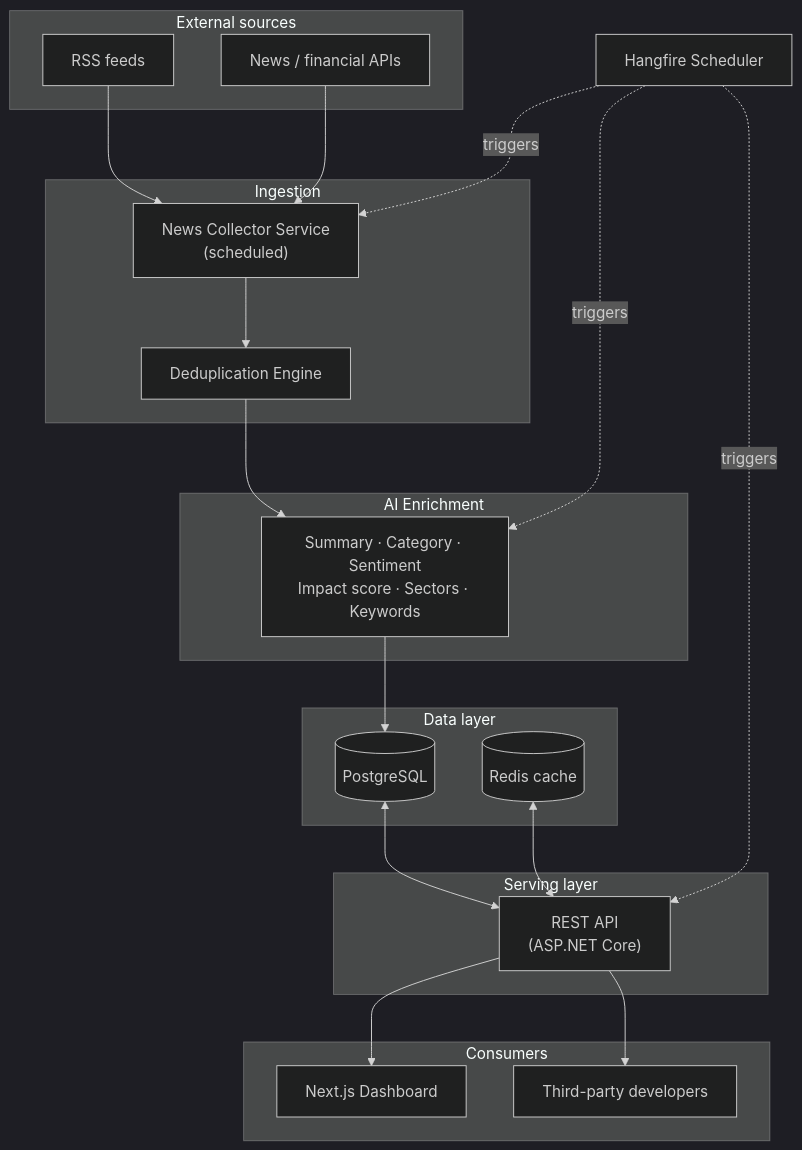
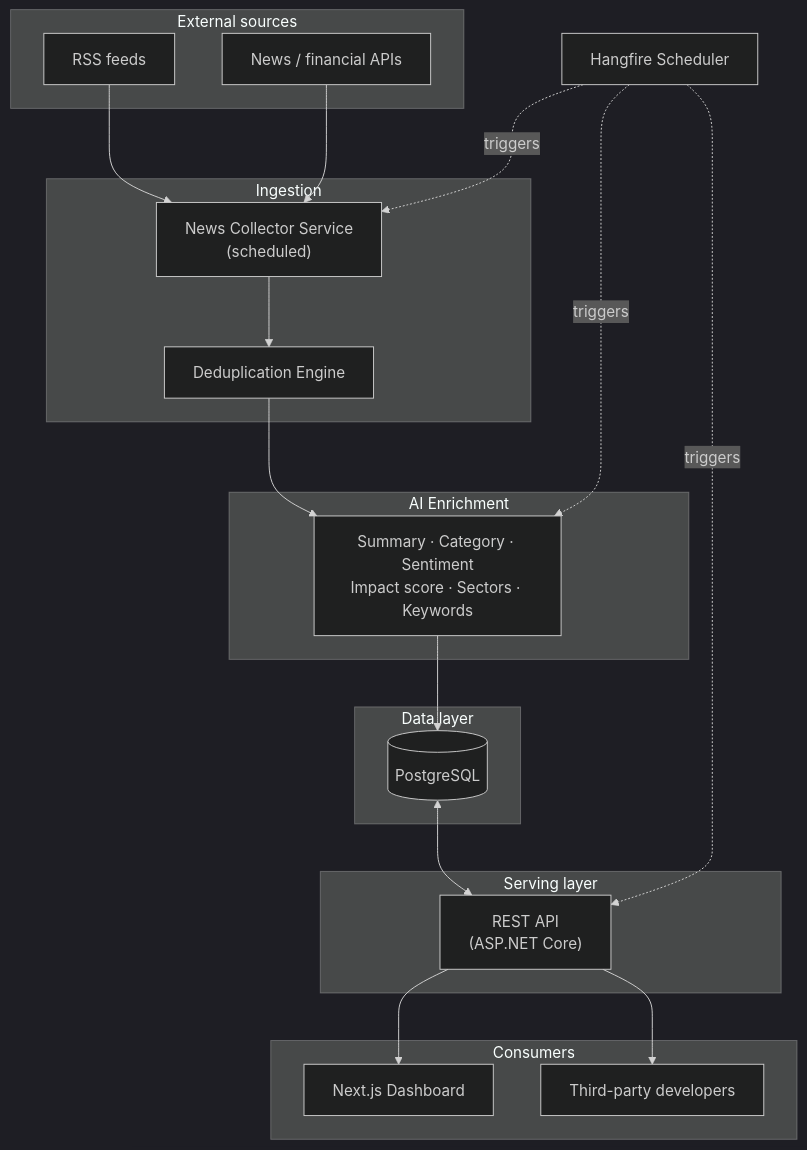
The first of 3 diagrams in Arunika-Application-Design.md (cemielan/arunika), drawn with Mermaid (dark theme) before and after one commit. The commit also changed other lines of this file and 9 other files, not shown here.

````diff
--- a/Arunika-Application-Design.md
+++ b/Arunika-Application-Design.md
@@ -35,45 +35,43 @@
 ```mermaid
 flowchart TB
     subgraph Sources["External sources"]
         RSS[RSS feeds]
         NAPI[News / financial APIs]
     end
 
     subgraph Ingest["Ingestion"]
         Collector["News Collector Service<br/>(scheduled)"]
         Dedup["Deduplication Engine"]
     end
 
     subgraph Enrich["AI Enrichment"]
         Pipeline["Summary · Category · Sentiment<br/>Impact score · Sectors · Keywords"]
     end
 
     subgraph Data["Data layer"]
         PG[(PostgreSQL)]
-        Redis[(Redis cache)]
     end
 
     subgraph Serve["Serving layer"]
         API["REST API<br/>(ASP.NET Core)"]
     end
 
     subgraph Consumers
         Dash["Next.js Dashboard"]
         Dev["Third-party developers"]
     end
 
     Scheduler["Hangfire Scheduler"]
 
     RSS --> Collector
     NAPI --> Collector
     Collector --> Dedup
     Dedup --> Pipeline
     Pipeline --> PG
     PG <--> API
-    Redis <--> API
     API --> Dash
     API --> Dev
     Scheduler -.triggers.-> Collector
     Scheduler -.triggers.-> Pipeline
     Scheduler -.triggers.-> API
 ```
````
